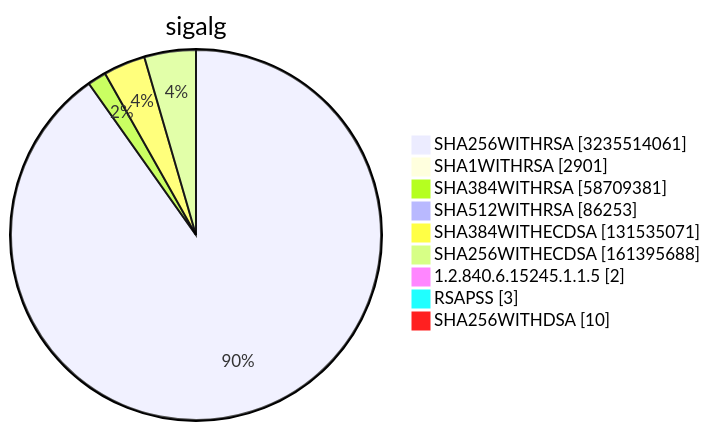
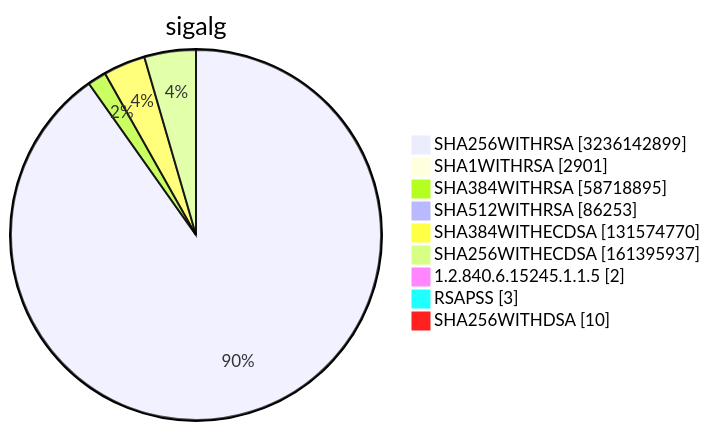
One commit to christiankrug/ctmonitor_visualization changed diagram 15 of 15 in TOTAL/README.md. Above: the diagram before and after it, drawn with Mermaid. The commit also changed other lines of this file, not shown here.

````diff
--- a/TOTAL/README.md
+++ b/TOTAL/README.md
@@ -6217,13 +6217,13 @@
 ```mermaid
 pie showData
 title sigalg
-"SHA256WITHRSA" :3235514061
+"SHA256WITHRSA" :3236142899
 "SHA1WITHRSA" :2901
-"SHA384WITHRSA" :58709381
+"SHA384WITHRSA" :58718895
 "SHA512WITHRSA" :86253
-"SHA384WITHECDSA" :131535071
-"SHA256WITHECDSA" :161395688
+"SHA384WITHECDSA" :131574770
+"SHA256WITHECDSA" :161395937
 "1.2.840.6.15245.1.1.5" :2
 "RSAPSS" :3
 "SHA256WITHDSA" :10
 ```
````
